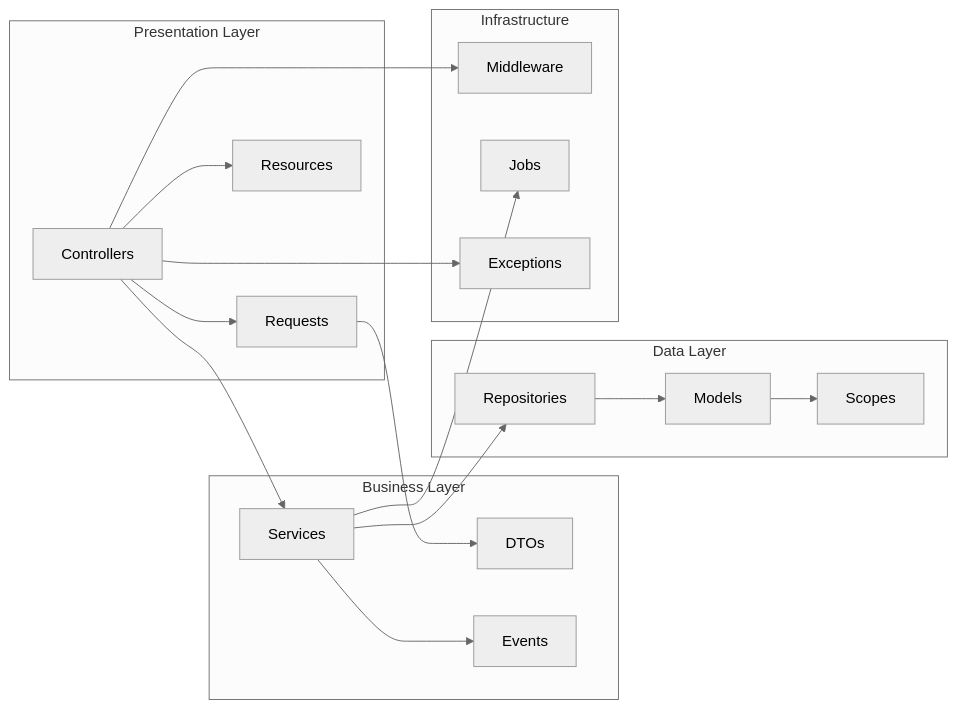
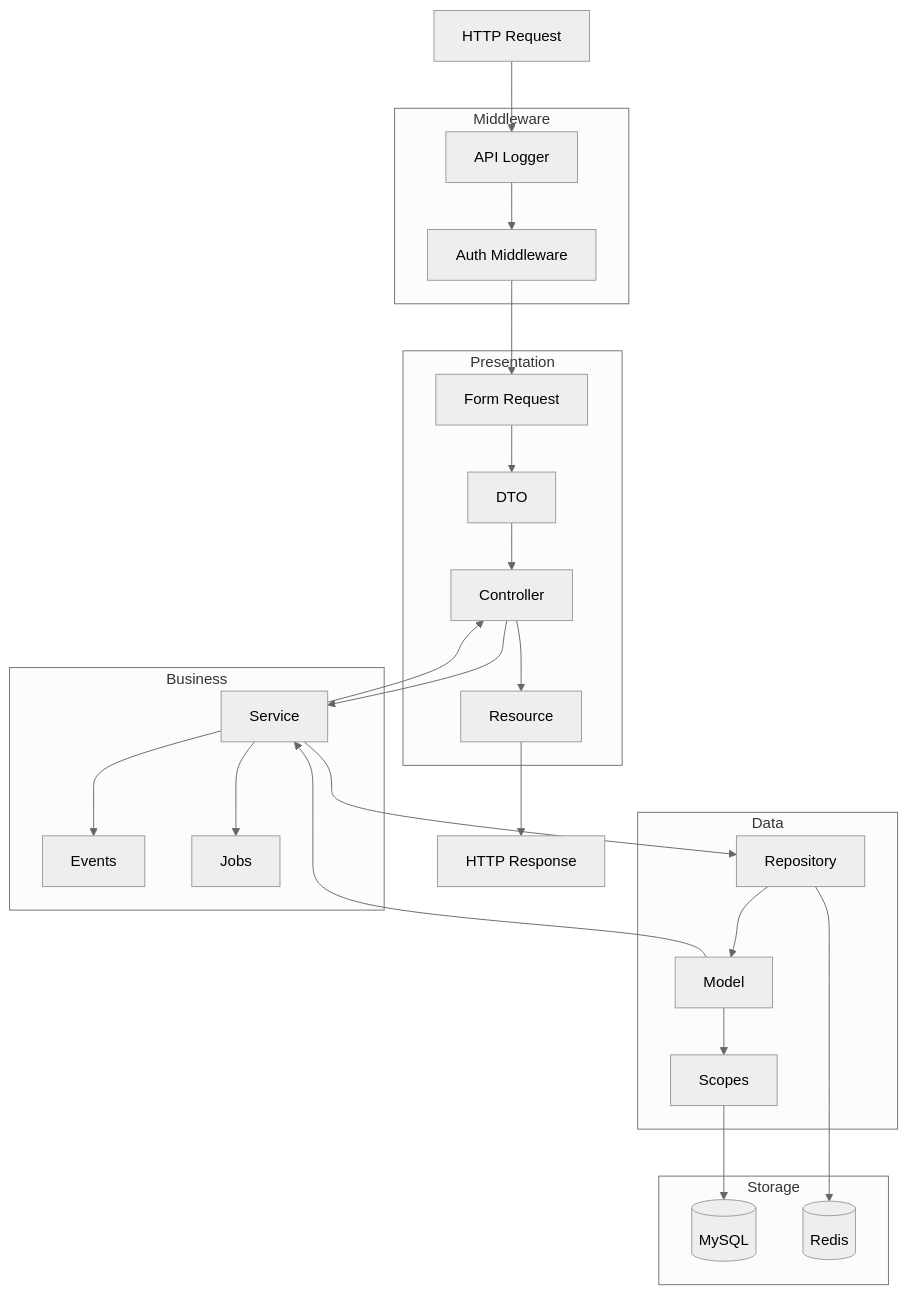
Before and after one commit to abdulsamad245/group.one-technical-assessment: the second of 5 diagrams in Explanation.md, drawn with Mermaid (neutral theme). The commit also changed other lines of this file, not shown here.

````diff
--- a/Explanation.md
+++ b/Explanation.md
@@ -129,38 +145,43 @@
 ```mermaid
-flowchart LR
-    subgraph "Presentation Layer"
-        CTRL[Controllers]
-        REQ[Requests]
-        RES[Resources]
+flowchart TB
+    REQ[HTTP Request]
+
+    subgraph "Middleware"
+        APILOG[API Logger]
+        AUTH[Auth Middleware]
     end
 
-    subgraph "Business Layer"
-        SVC[Services]
-        DTO[DTOs]
-        EVT[Events]
+    subgraph "Presentation"
+        FORMREQ[Form Request]
+        DTO[DTO]
+        CTRL[Controller]
+        RES[Resource]
     end
 
-    subgraph "Data Layer"
-        REPO[Repositories]
-        MDL[Models]
+    subgraph "Business"
+        SVC[Service]
+        EVT[Events]
+        JOB[Jobs]
+    end
+
+    subgraph "Data"
+        REPO[Repository]
+        MDL[Model]
         SCP[Scopes]
     end
 
-    subgraph "Infrastructure"
-        MID[Middleware]
-        JOB[Jobs]
-        EXC[Exceptions]
+    subgraph "Storage"
+        DB[(MySQL)]
+        CACHE[(Redis)]
     end
 
-    CTRL --> REQ
-    CTRL --> RES
-    CTRL --> SVC
-    REQ --> DTO
-    SVC --> REPO
+    RESP[HTTP Response]
+
+    REQ --> APILOG --> AUTH
+    AUTH --> FORMREQ --> DTO --> CTRL
+    CTRL --> SVC --> REPO --> MDL --> SCP --> DB
+    REPO --> CACHE
     SVC --> EVT
-    REPO --> MDL
-    MDL --> SCP
-    CTRL --> MID
     SVC --> JOB
-    CTRL --> EXC
+    MDL --> SVC --> CTRL --> RES --> RESP
 ```
````
